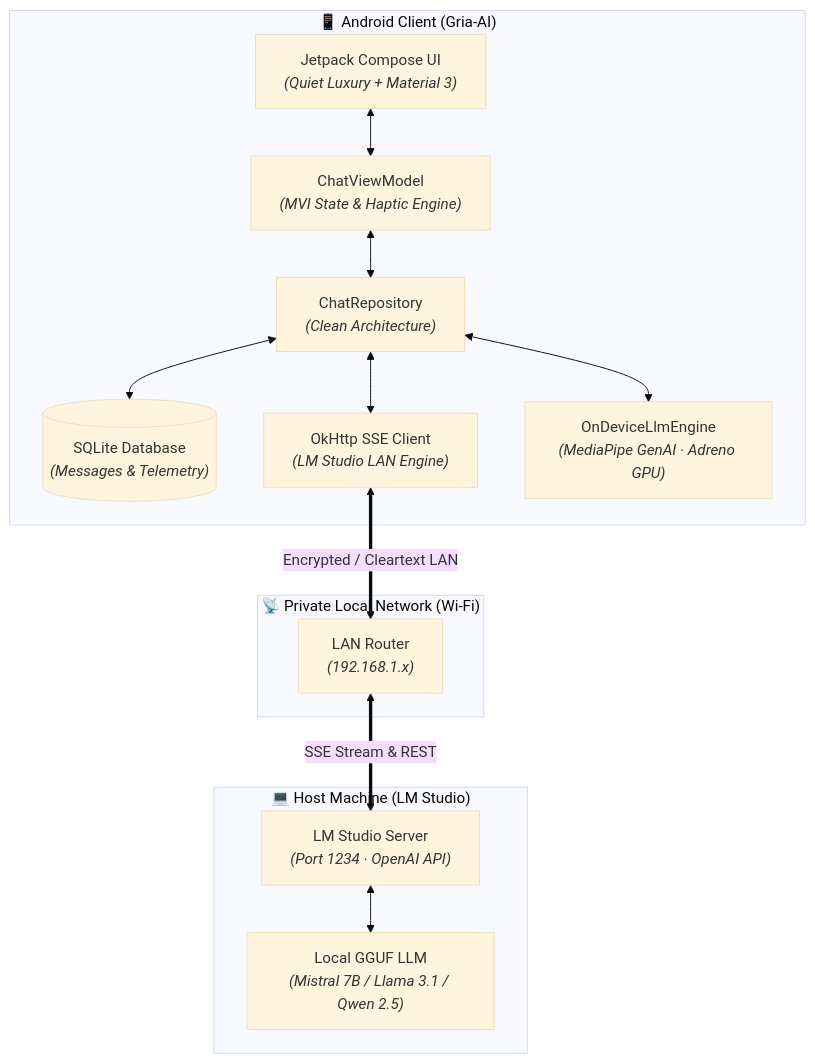
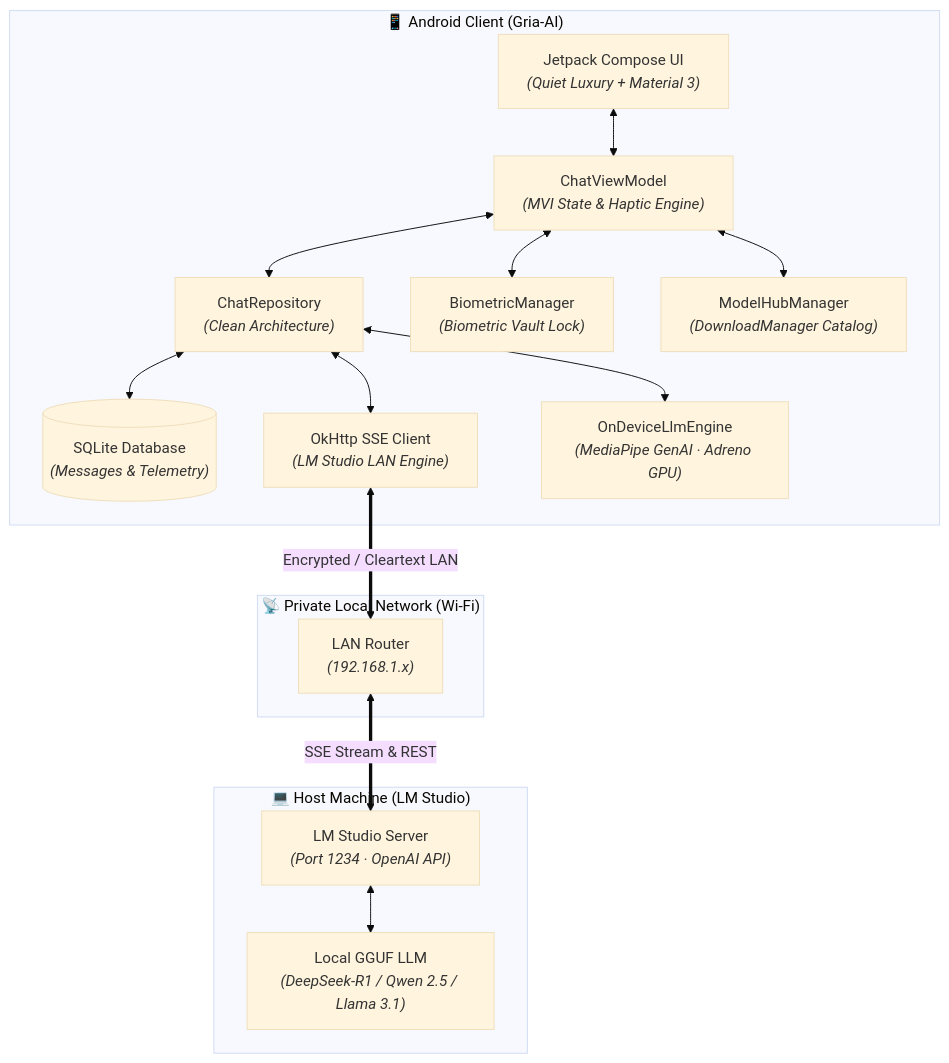
The diagram in README.md (geevarghesekthomas84-sys/Gria-AI), drawn with Mermaid (base theme) before and after one commit. The commit also changed other lines of this file and 3 other files, not shown here.

Commit message:
docs: update README with DeepSeek thinking mode, interactive canvas, model hub, prompt wand, and live screenshots

````diff
--- a/README.md
+++ b/README.md
@@ -145,31 +161,35 @@
 ```mermaid
 graph TD
     subgraph MobileDevice["📱 Android Client (Gria-AI)"]
         UI["Jetpack Compose UI<br/><i>(Quiet Luxury + Material 3)</i>"]
         VM["ChatViewModel<br/><i>(MVI State & Haptic Engine)</i>"]
         Repo["ChatRepository<br/><i>(Clean Architecture)</i>"]
         DB[("SQLite Database<br/><i>(Messages & Telemetry)</i>")]
         SSE["OkHttp SSE Client<br/><i>(LM Studio LAN Engine)</i>"]
         OD["OnDeviceLlmEngine<br/><i>(MediaPipe GenAI · Adreno GPU)</i>"]
+        Bio["BiometricManager<br/><i>(Biometric Vault Lock)</i>"]
+        Hub["ModelHubManager<br/><i>(DownloadManager Catalog)</i>"]
 
         UI <--> VM
         VM <--> Repo
         Repo <--> DB
         Repo <--> SSE
         Repo <--> OD
+        VM <--> Bio
+        VM <--> Hub
     end
 
     subgraph LocalLAN["📡 Private Local Network (Wi-Fi)"]
         Router["LAN Router<br/><i>(192.168.1.x)</i>"]
     end
 
     subgraph HostPC["💻 Host Machine (LM Studio)"]
         LMS["LM Studio Server<br/><i>(Port 1234 · OpenAI API)</i>"]
-        LLM["Local GGUF LLM<br/><i>(Mistral 7B / Llama 3.1 / Qwen 2.5)</i>"]
+        LLM["Local GGUF LLM<br/><i>(DeepSeek-R1 / Qwen 2.5 / Llama 3.1)</i>"]
         
         LMS <--> LLM
     end
 
     SSE <==>|"Encrypted / Cleartext LAN"| Router
     Router <==>|"SSE Stream & REST"| LMS
 ```
````
